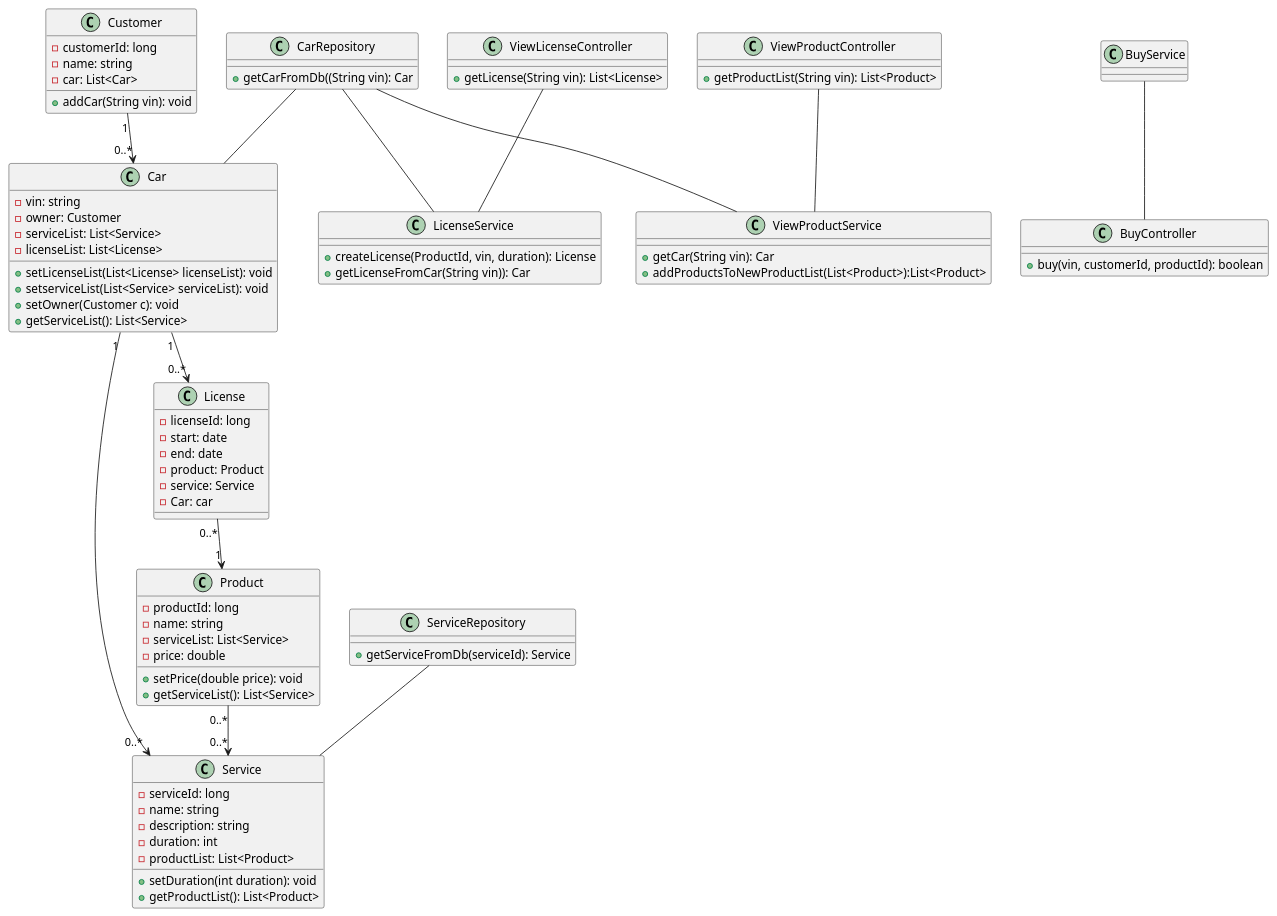
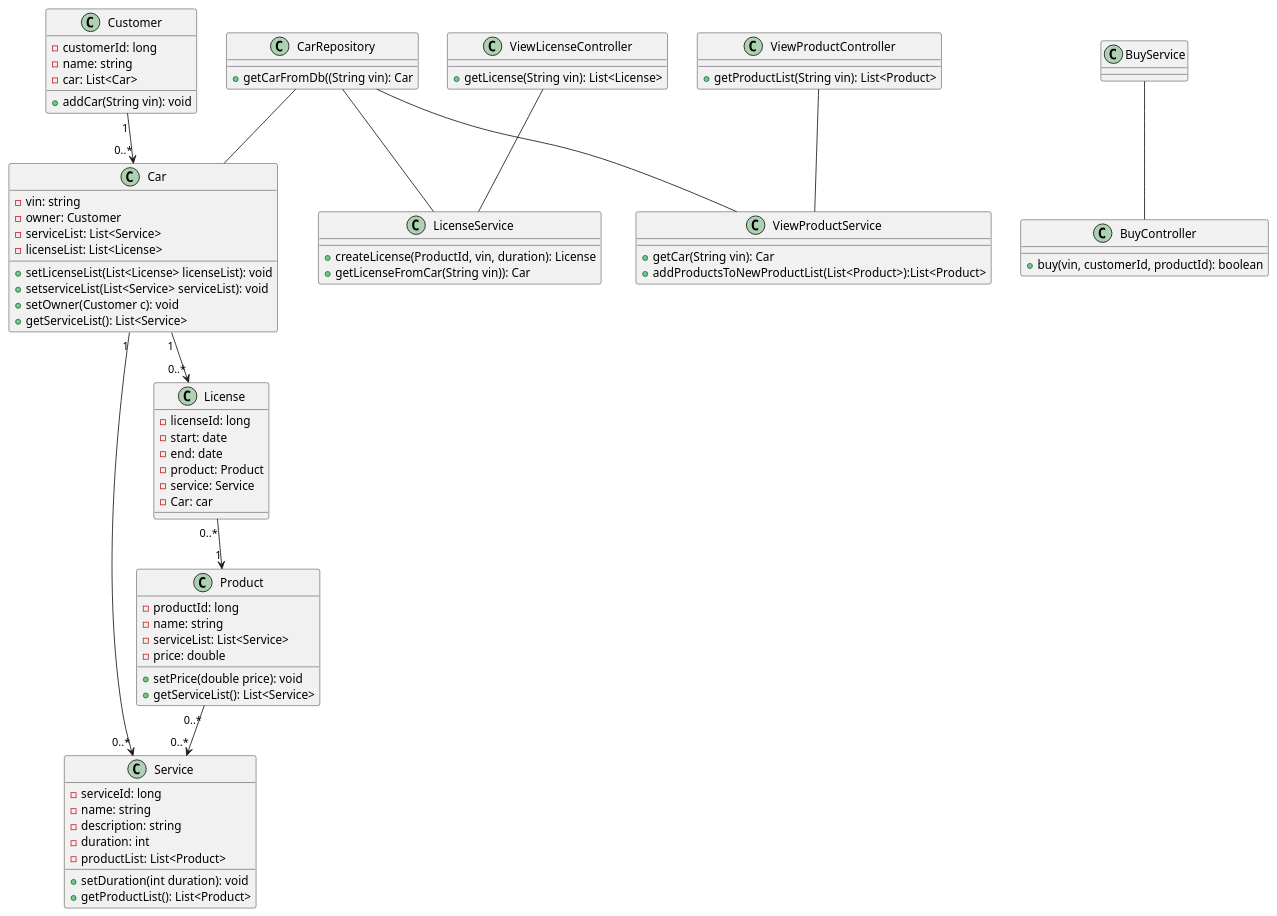
One commit to ljbg1996/car-backend changed the diagram in .idea/2.0 class.puml. Above: the diagram before and after it, drawn with PlantUML.

Commit message:
2.0 class.puml: ein repository auskommentiert

```diff
--- a/.idea/2.0 class.puml
+++ b/.idea/2.0 class.puml
@@ -1,143 +1,143 @@
 @startuml
 class Car {
     - vin: string
     - owner: Customer
     - serviceList: List<Service>
     - licenseList: List<License>
 
     + setLicenseList(List<License> licenseList): void
     + setserviceList(List<Service> serviceList): void
     + setOwner(Customer c): void
     + getServiceList(): List<Service>
 
 }
 
 class CarRepository{
 
     + getCarFromDb((String vin): Car
 
 
 }
 
 class Customer {
     - customerId: long
     - name: string
     - car: List<Car>
 
     + addCar(String vin): void
 
 
 }
 
 'class CustomerRepository{}
 
 'class ProductRepository{}
 
 
 class Product {
     - productId: long
     - name: string
     - serviceList: List<Service>
     - price: double
 
     + setPrice(double price): void
     + getServiceList(): List<Service>
 
 }
 
 
 
 class Service {
     - serviceId: long
     - name: string
     - description: string
     - duration: int
     - productList: List<Product>
 
     + setDuration(int duration): void
     + getProductList(): List<Product>
 
 
 }
 
-class ServiceRepository{
+'class ServiceRepository{
 
-    +getServiceFromDb(serviceId): Service
+ '   +getServiceFromDb(serviceId): Service
 
-}
+'}
 
 class License {
     - licenseId: long
     - start: date
     - end: date
     - product: Product
     - service: Service
     - Car: car
 
    '+ extendLicense(license: License, duration: int): void
 
 }
 
 'class LicenseRepository{}
 
 class ViewLicenseController {
 
 
     + getLicense(String vin): List<License>
 
 }
 
 class BuyController {
 
     + buy(vin, customerId, productId): boolean
 
 }
 
 class ViewProductController {
 
     + getProductList(String vin): List<Product>
 
 }
 
 class LicenseService{
 
     + createLicense(ProductId, vin, duration): License
     + getLicenseFromCar(String vin)): Car
 
 }
 
 class BuyService {
 
 
 }
 
 class ViewProductService {
 
     + getCar(String vin): Car
     + addProductsToNewProductList(List<Product>):List<Product>
 }
 
 
 
 
 
 
 
 'LicenseRepository-- License
 ViewLicenseController -- LicenseService
 CarRepository -- LicenseService
 'ProductRepository -- Product
 CarRepository -- ViewProductService
 
 ViewProductController -- ViewProductService
 BuyService -- BuyController
 CarRepository -- Car
 'CustomerRepository -- Customer
-ServiceRepository -- Service
+'ServiceRepository -- Service
 Customer "1" --> "0..*" Car
 Car "1" --> "0..*" License
 Car "1" --> "0..*" Service
 License "0..*"--> "1"Product
 Product "0..*" --> "0..*" Service
 
 @enduml
```
